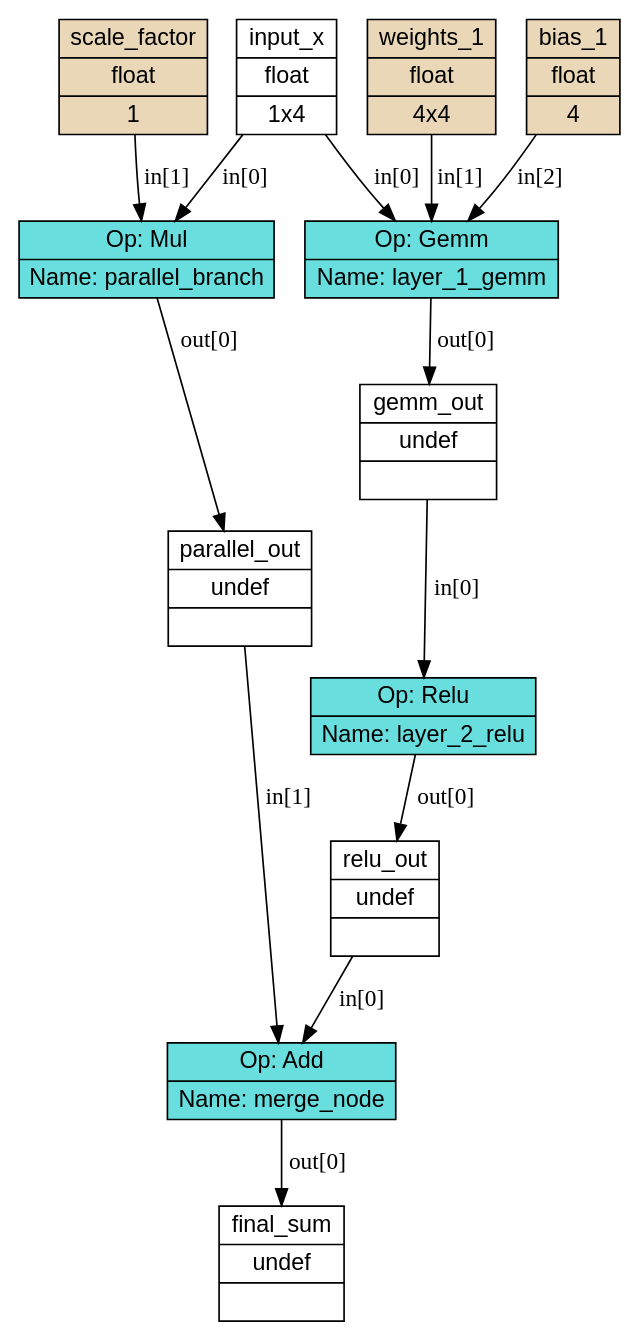
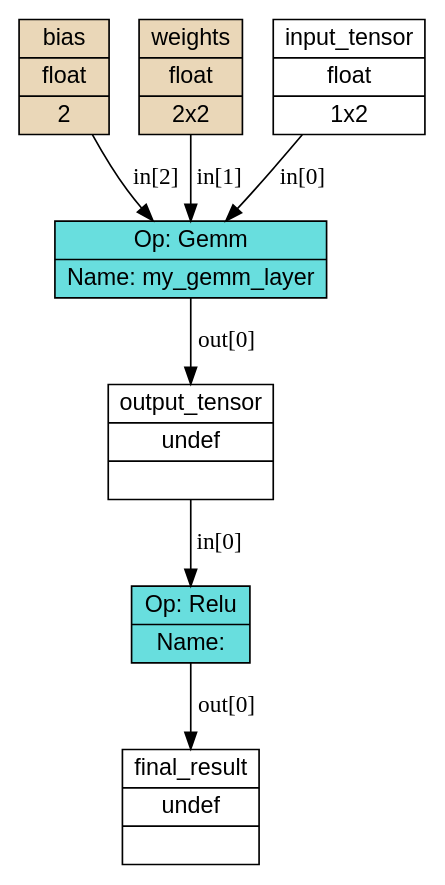
The diagram in graphviz/graph.dot (aywert/TensorCompiler), drawn with Graphviz before and after one commit. The commit also changed 1 other file, not shown here.

```diff
--- a/graphviz/graph.dot
+++ b/graphviz/graph.dot
@@ -1,28 +1,17 @@
 digraph ONNX_Graph {
   rankdir=TB; 
   node [shape=record, style=filled, fontname="Arial"];
-  "bias_1" [shape=record, style=filled, fillcolor="#ead7b8", label="{ bias_1 | float | 4 }"];
-  "scale_factor" [shape=record, style=filled, fillcolor="#ead7b8", label="{ scale_factor | float | 1 }"];
-  "weights_1" [shape=record, style=filled, fillcolor="#ead7b8", label="{ weights_1 | float | 4x4 }"];
-  "final_sum" [shape=record, style=filled, fillcolor="#ffffff", label="{ final_sum | undef |  }"];
-  "gemm_out" [shape=record, style=filled, fillcolor="#ffffff", label="{ gemm_out | undef |  }"];
-  "input_x" [shape=record, style=filled, fillcolor="#ffffff", label="{ input_x | float | 1x4 }"];
-  "parallel_out" [shape=record, style=filled, fillcolor="#ffffff", label="{ parallel_out | undef |  }"];
-  "relu_out" [shape=record, style=filled, fillcolor="#ffffff", label="{ relu_out | undef |  }"];
-  node_0 [label="{ Op: Gemm | Name: layer_1_gemm}", fillcolor="#68dede"];
-  "input_x" -> node_0 [label="in[0]"];
-  "weights_1" -> node_0 [label="in[1]"];
-  "bias_1" -> node_0 [label="in[2]"];
-  node_0 -> "gemm_out" [label="out[0]"];
-  node_1 [label="{ Op: Relu | Name: layer_2_relu}", fillcolor="#68dede"];
-  "gemm_out" -> node_1 [label="in[0]"];
-  node_1 -> "relu_out" [label="out[0]"];
-  node_2 [label="{ Op: Mul | Name: parallel_branch}", fillcolor="#68dede"];
-  "input_x" -> node_2 [label="in[0]"];
-  "scale_factor" -> node_2 [label="in[1]"];
-  node_2 -> "parallel_out" [label="out[0]"];
-  node_3 [label="{ Op: Add | Name: merge_node}", fillcolor="#68dede"];
-  "relu_out" -> node_3 [label="in[0]"];
-  "parallel_out" -> node_3 [label="in[1]"];
-  node_3 -> "final_sum" [label="out[0]"];
+  "bias" [shape=record, style=filled, fillcolor="#ead7b8", label="{ bias | float | 2 }"];
+  "weights" [shape=record, style=filled, fillcolor="#ead7b8", label="{ weights | float | 2x2 }"];
+  "final_result" [shape=record, style=filled, fillcolor="#ffffff", label="{ final_result | undef |  }"];
+  "input_tensor" [shape=record, style=filled, fillcolor="#ffffff", label="{ input_tensor | float | 1x2 }"];
+  "output_tensor" [shape=record, style=filled, fillcolor="#ffffff", label="{ output_tensor | undef |  }"];
+  node_0 [label="{ Op: Gemm | Name: my_gemm_layer}", fillcolor="#68dede"];
+  "input_tensor" -> node_0 [label="in[0]"];
+  "weights" -> node_0 [label="in[1]"];
+  "bias" -> node_0 [label="in[2]"];
+  node_0 -> "output_tensor" [label="out[0]"];
+  node_1 [label="{ Op: Relu | Name: }", fillcolor="#68dede"];
+  "output_tensor" -> node_1 [label="in[0]"];
+  node_1 -> "final_result" [label="out[0]"];
 }
```
